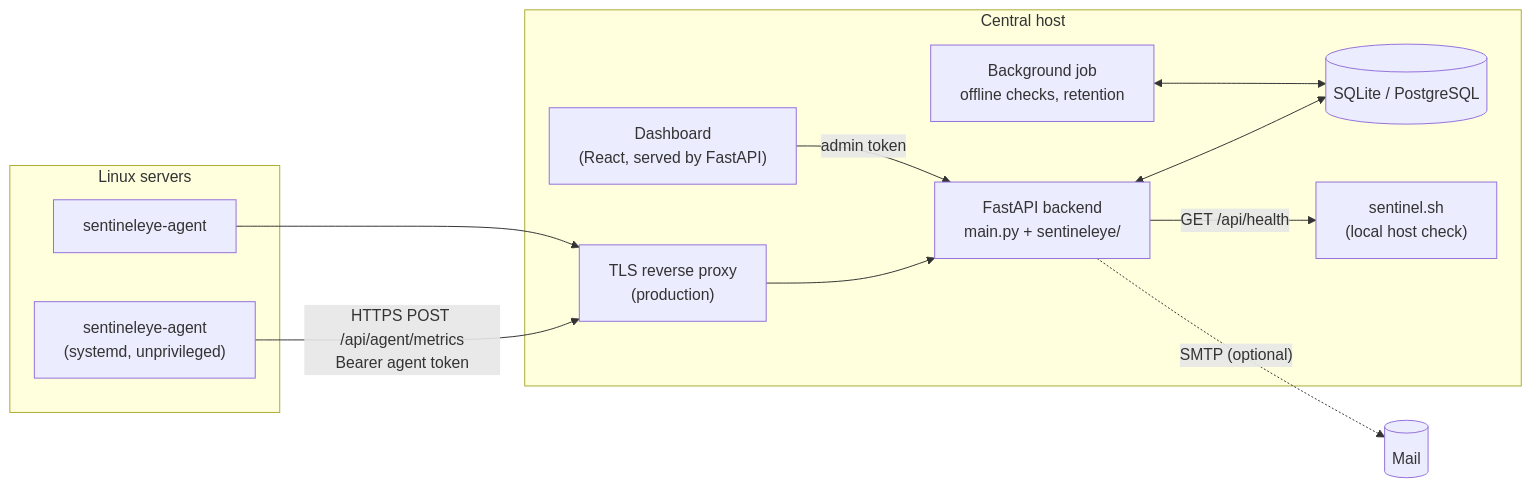
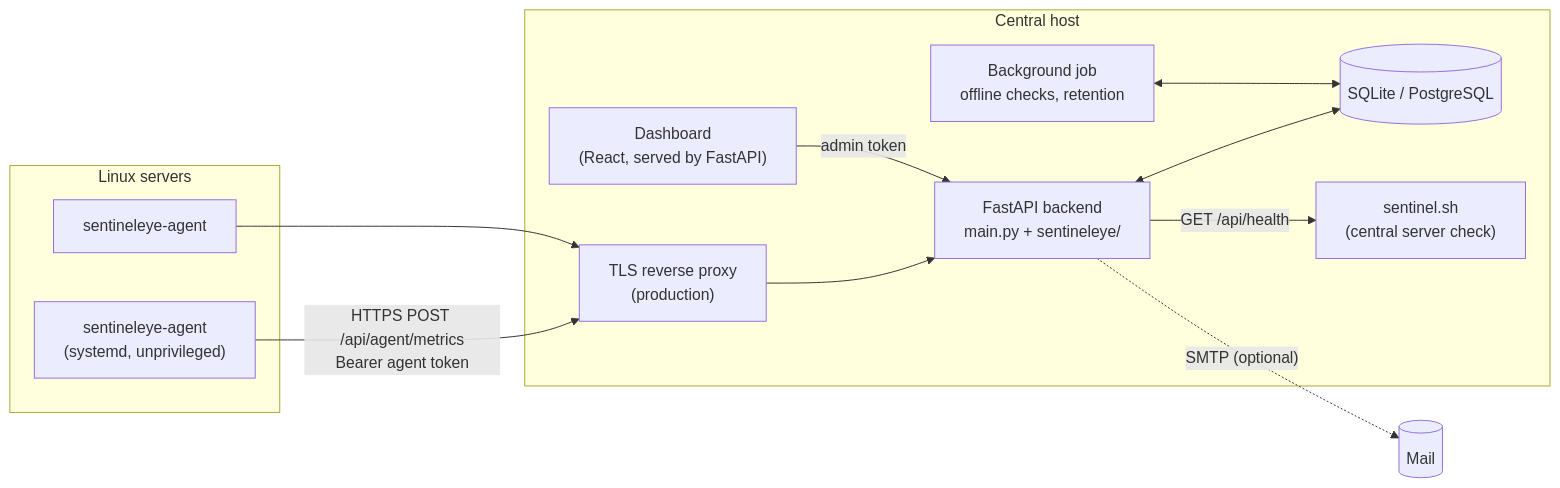
One commit to haliyu280-source/sentineleye changed the diagram in README.md. Above: the diagram before and after it, drawn with Mermaid. The commit also changed other lines of this file and 31 other files, not shown here.

First line of the commit message:
Public read-only dashboard and Central server page

````diff
--- a/README.md
+++ b/README.md
@@ -77,23 +79,23 @@
 ```mermaid
 flowchart LR
     subgraph Linux servers
         A1["sentineleye-agent<br/>(systemd, unprivileged)"]
         A2["sentineleye-agent"]
     end
     subgraph Central host
         P["TLS reverse proxy<br/>(production)"]
         B["FastAPI backend<br/>main.py + sentineleye/"]
         J["Background job<br/>offline checks, retention"]
         D[("SQLite / PostgreSQL")]
-        S["sentinel.sh<br/>(local host check)"]
+        S["sentinel.sh<br/>(central server check)"]
         UI["Dashboard<br/>(React, served by FastAPI)"]
     end
     A1 -- "HTTPS POST /api/agent/metrics<br/>Bearer agent token" --> P
     A2 --> P
     P --> B
     B <--> D
     J <--> D
     B -- "GET /api/health" --> S
     UI -- "admin token" --> B
     B -. "SMTP (optional)" .-> M[(Mail)]
 ```
````
